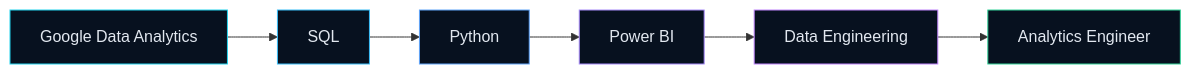
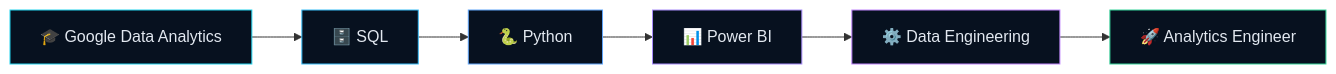
The diagram in README.md (maheshchilukamari/maheshchilukamari), drawn with Mermaid before and after one commit.

````diff
--- a/README.md
+++ b/README.md
@@ -261,15 +261,15 @@
 ```mermaid
 flowchart LR
-    A["Google Data Analytics"] --> B["SQL"]
-    B --> C["Python"]
-    C --> D["Power BI"]
-    D --> E["Data Engineering"]
-    E --> F["Analytics Engineer"]
+    A["🎓 Google Data Analytics"] --> B["🗄️ SQL"]
+    B --> C["🐍 Python"]
+    C --> D["📊 Power BI"]
+    D --> E["⚙️ Data Engineering"]
+    E --> F["🚀 Analytics Engineer"]
 
     style A fill:#07111F,stroke:#22D3EE,color:#E2E8F0
     style B fill:#07111F,stroke:#38BDF8,color:#E2E8F0
     style C fill:#07111F,stroke:#60A5FA,color:#E2E8F0
     style D fill:#07111F,stroke:#A78BFA,color:#E2E8F0
     style E fill:#07111F,stroke:#C084FC,color:#E2E8F0
     style F fill:#07111F,stroke:#34D399,color:#E2E8F0
 ```
````
